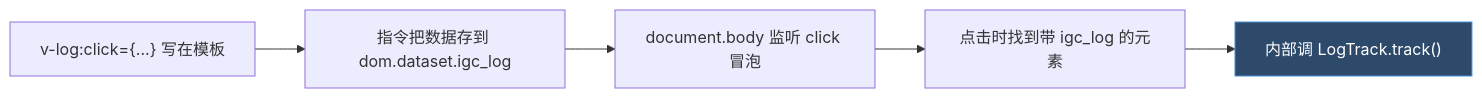
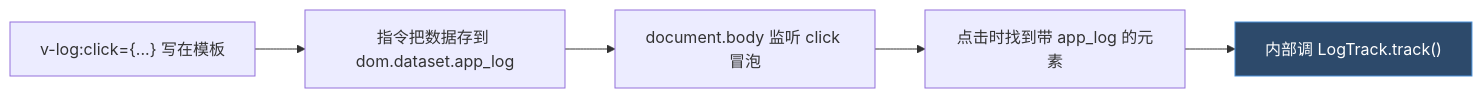
Before and after one commit to ye-guan-xing/hugo-main: the second of 4 diagrams in content/post/埋点的七种写法/index.md, drawn with Mermaid. The commit also changed other lines of this file and 9 other files, not shown here.

````diff
--- a/content/post/埋点的七种写法/index.md
+++ b/content/post/埋点的七种写法/index.md
@@ -151,8 +151,8 @@
 ```mermaid
 flowchart LR
-    A["v-log:click={...} 写在模板"] --> B["指令把数据存到 dom.dataset.igc_log"]
+    A["v-log:click={...} 写在模板"] --> B["指令把数据存到 dom.dataset.app_log"]
     B --> C["document.body 监听 click 冒泡"]
-    C --> D["点击时找到带 igc_log 的元素"]
+    C --> D["点击时找到带 app_log 的元素"]
     D --> E["内部调 LogTrack.track()"]
     style E fill:#2d4a6b,color:#fff,stroke:#4a90d9
 ```
````
